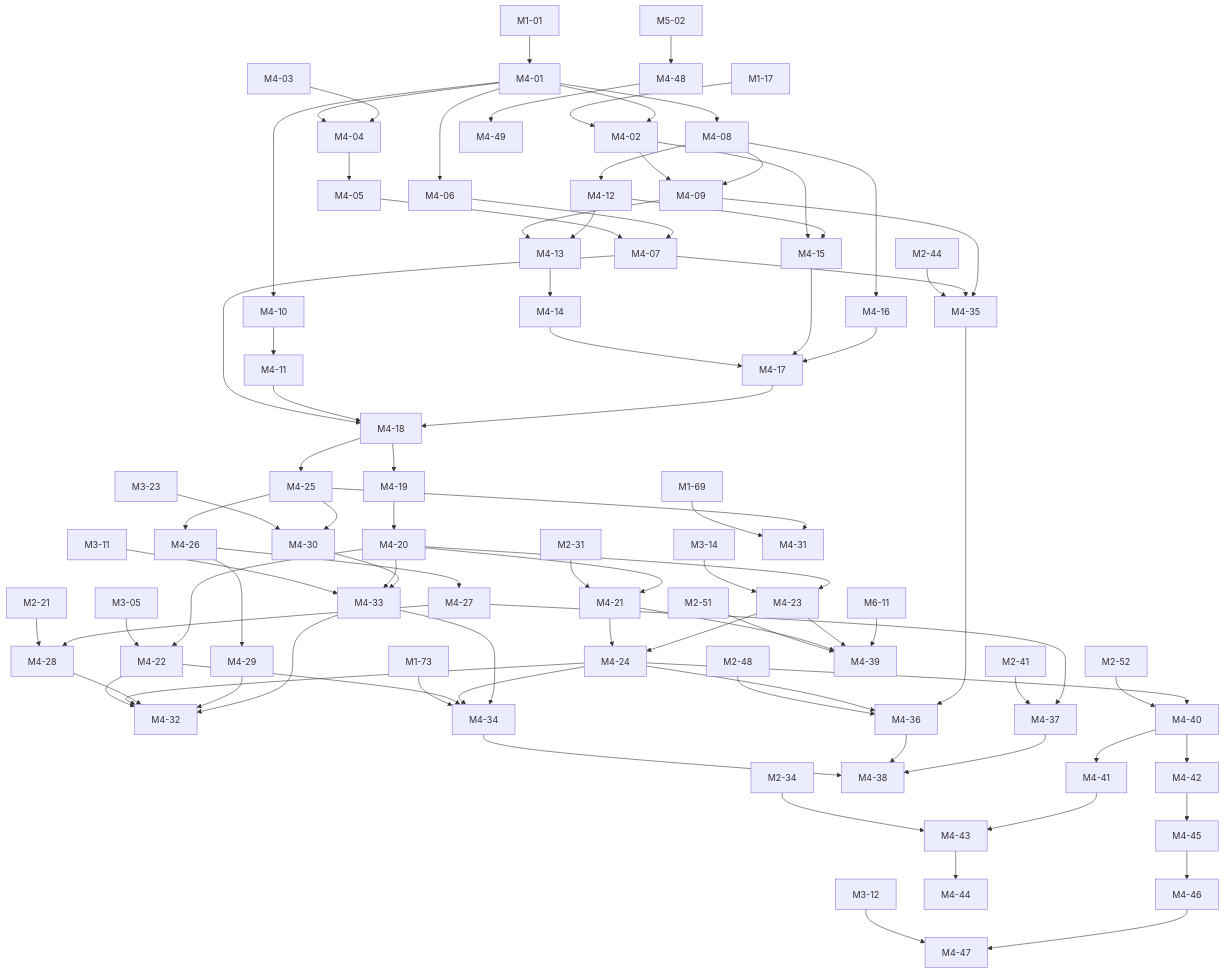
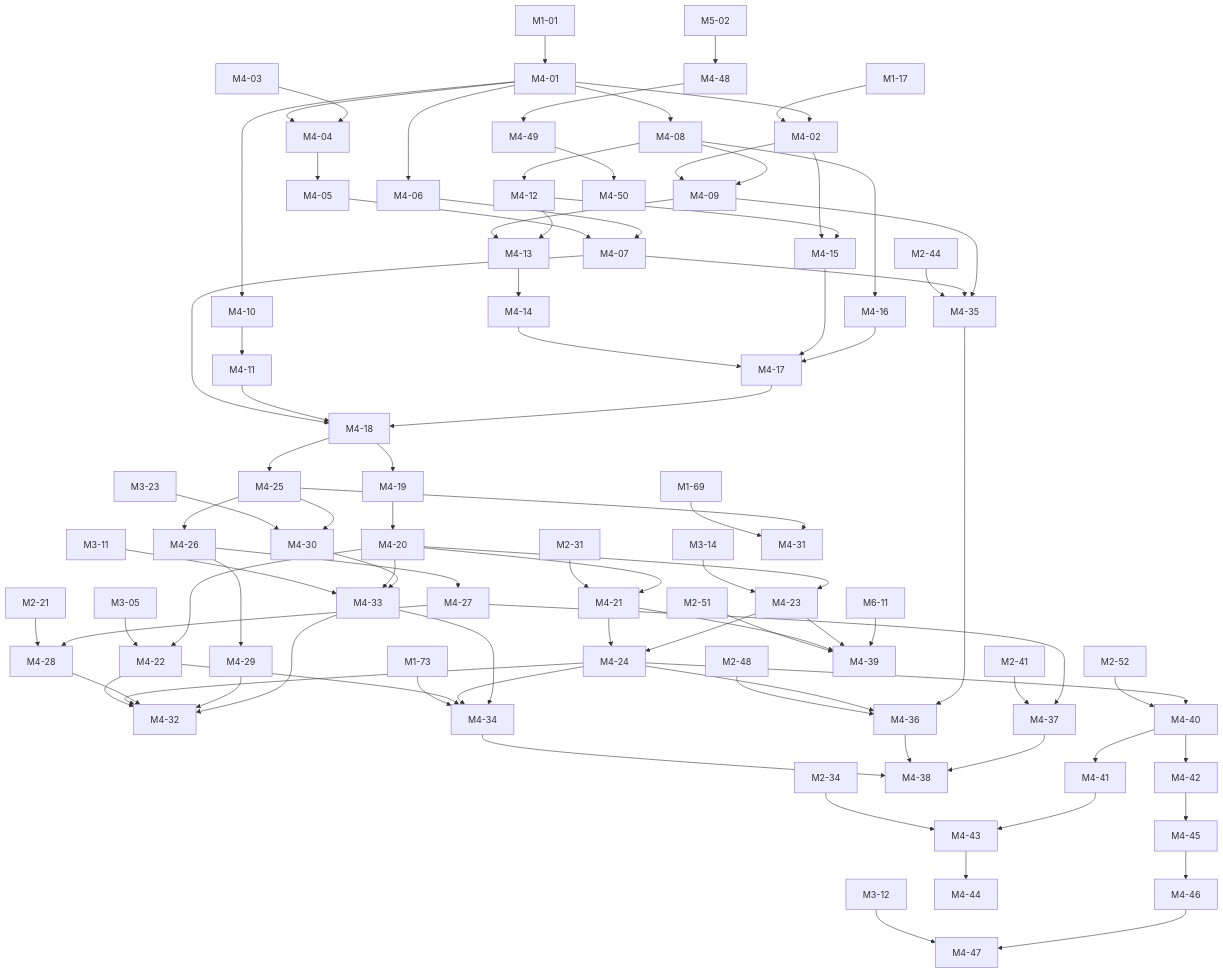
The fourth of 8 diagrams in docs/briefs/README.md (mguttmann/bothy), drawn with Mermaid before and after one commit. The commit also changed other lines of this file and 24 other files, not shown here.

````diff
--- a/docs/briefs/README.md
+++ b/docs/briefs/README.md
@@ -990,6 +991,7 @@
   M4_47["M4-47"]
   M4_48["M4-48"]
   M4_49["M4-49"]
+  M4_50["M4-50"]
   M5_02["M5-02"]
   M6_11["M6-11"]
   M1_01 --> M4_01
@@ -1079,4 +1081,5 @@
   M4_46 --> M4_47
   M5_02 --> M4_48
   M4_48 --> M4_49
+  M4_49 --> M4_50
 ```
````
